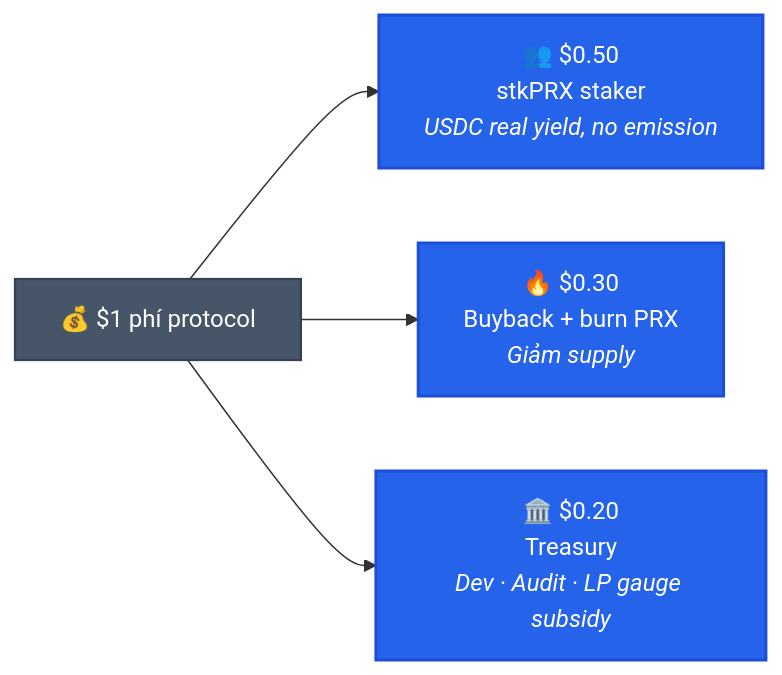
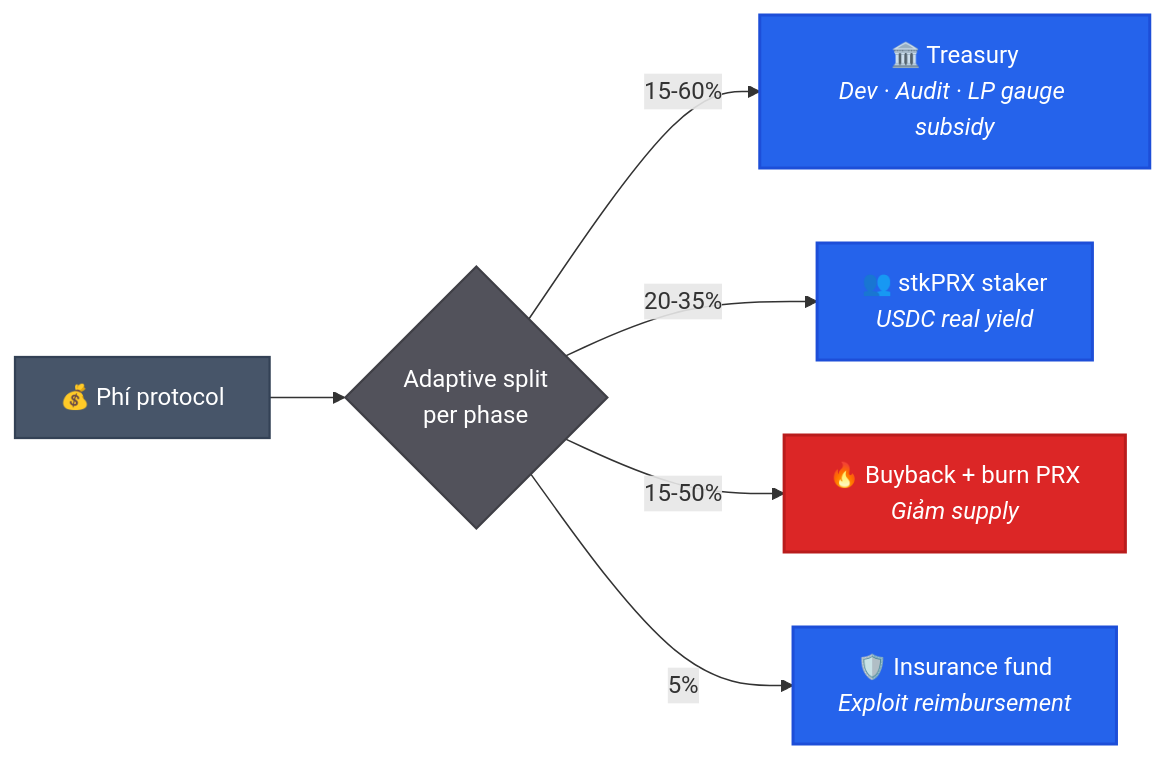
The third of 3 diagrams in vi_v6/khai-niem/phi.md (PrediX-Protocol/predix-docs), drawn with Mermaid before and after one commit. The commit also changed other lines of this file and 11 other files, not shown here.

````diff
--- a/vi_v6/khai-niem/phi.md
+++ b/vi_v6/khai-niem/phi.md
@@ -103,11 +105,17 @@
 ```mermaid
 flowchart LR
-    Fee[💰 $1 phí protocol] --> Staker[👥 $0.50<br/>stkPRX staker<br/><i>USDC real yield, no emission</i>]
-    Fee --> Buyback[🔥 $0.30<br/>Buyback + burn PRX<br/><i>Giảm supply</i>]
-    Fee --> Treasury[🏛️ $0.20<br/>Treasury<br/><i>Dev · Audit · LP gauge subsidy</i>]
+    Fee[💰 Phí protocol] --> Adaptive{Adaptive split<br/>per phase}
+    Adaptive -->|15-60%| Treasury[🏛️ Treasury<br/><i>Dev · Audit · LP gauge subsidy</i>]
+    Adaptive -->|20-35%| Staker[👥 stkPRX staker<br/><i>USDC real yield</i>]
+    Adaptive -->|15-50%| Buyback[🔥 Buyback + burn PRX<br/><i>Giảm supply</i>]
+    Adaptive -->|5%| Insurance[🛡️ Insurance fund<br/><i>Exploit reimbursement</i>]
 
     classDef src fill:#475569,stroke:#334155,color:#fff,stroke-width:1.5px
+    classDef phase fill:#52525b,stroke:#3f3f46,color:#fff,stroke-width:1.5px
     classDef sink fill:#2563eb,stroke:#1d4ed8,color:#fff,stroke-width:2px
+    classDef burn fill:#dc2626,stroke:#b91c1c,color:#fff,stroke-width:2px
     class Fee src
-    class Staker,Buyback,Treasury sink
+    class Adaptive phase
+    class Staker,Treasury,Insurance sink
+    class Buyback burn
 ```
````
